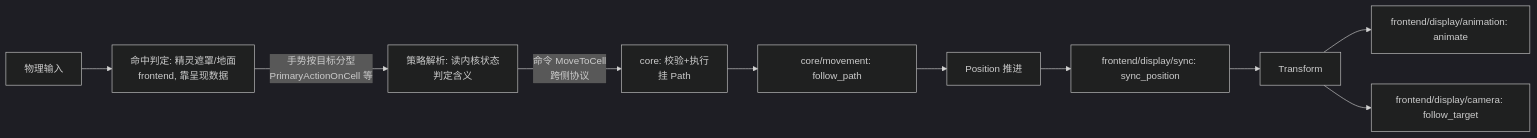
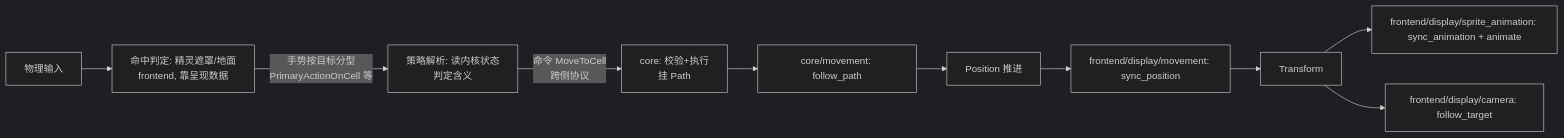
The second of 2 diagrams in openspec/changes/split-data-display-input-plugins/design.md (feng1st/tome), drawn with Mermaid (dark theme) before and after one commit. The commit also changed other lines of this file and 3 other files, not shown here.

````diff
--- a/openspec/changes/split-data-display-input-plugins/design.md
+++ b/openspec/changes/split-data-display-input-plugins/design.md
@@ -63,12 +68,12 @@
 ```mermaid
 flowchart LR
     raw[物理输入] --> hit[命中判定: 精灵遮罩/地面<br>frontend, 靠呈现数据]
     hit -->|手势按目标分型<br>PrimaryActionOnCell 等| disp[策略解析: 读内核状态<br>判定含义]
     disp -->|命令 MoveToCell<br>跨侧协议| exec[core: 校验+执行<br>挂 Path]
     exec --> follow[core/movement: follow_path]
     follow --> pos[Position 推进]
-    pos --> sync[frontend/display/sync: sync_position]
+    pos --> sync[frontend/display/movement: sync_position]
     sync --> trans[Transform]
-    trans --> anim[frontend/display/animation: animate]
+    trans --> anim[frontend/display/sprite_animation: sync_animation + animate]
     trans --> cam[frontend/display/camera: follow_target]
 ```
````
